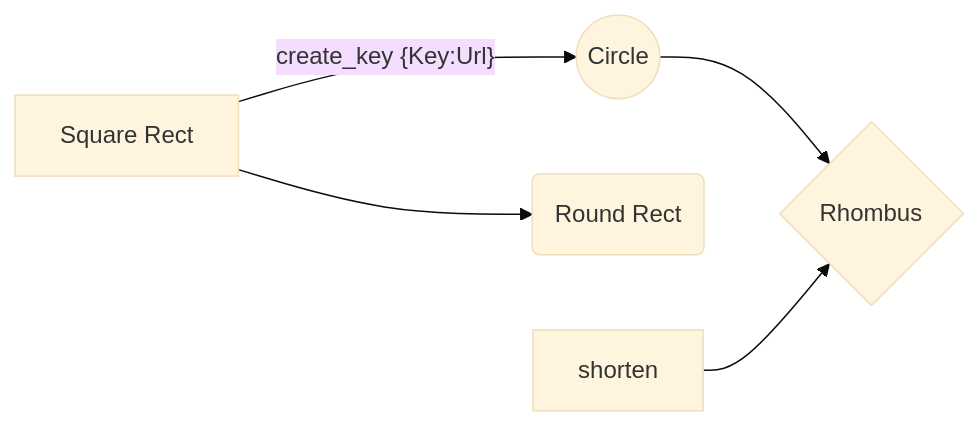
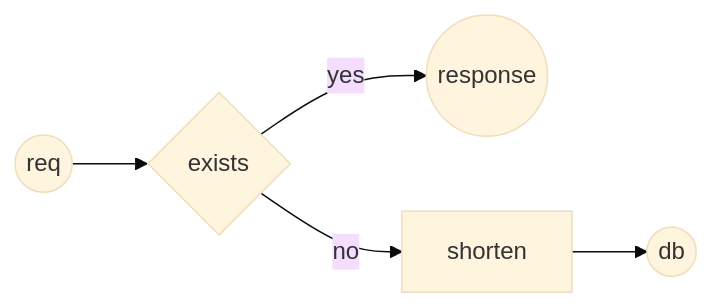
Before and after one commit to CanaanGM/UrlShortner: the diagram in README.md, drawn with Mermaid (base theme).

````diff
--- a/README.md
+++ b/README.md
@@ -5,7 +5,6 @@
 ```mermaid
 graph LR
-Url[Square Rect] -- create_key {Key:Url} --> Db((Circle))
-Url --> Shorten(Round Rect)
-Db --> D{Rhombus}
-shorten --> D
+req((req)) --> exists{exists}
+exists -- yes --> response((response))
+exists -- no --> shorten[shorten] --> db((db))  
 ```
````
